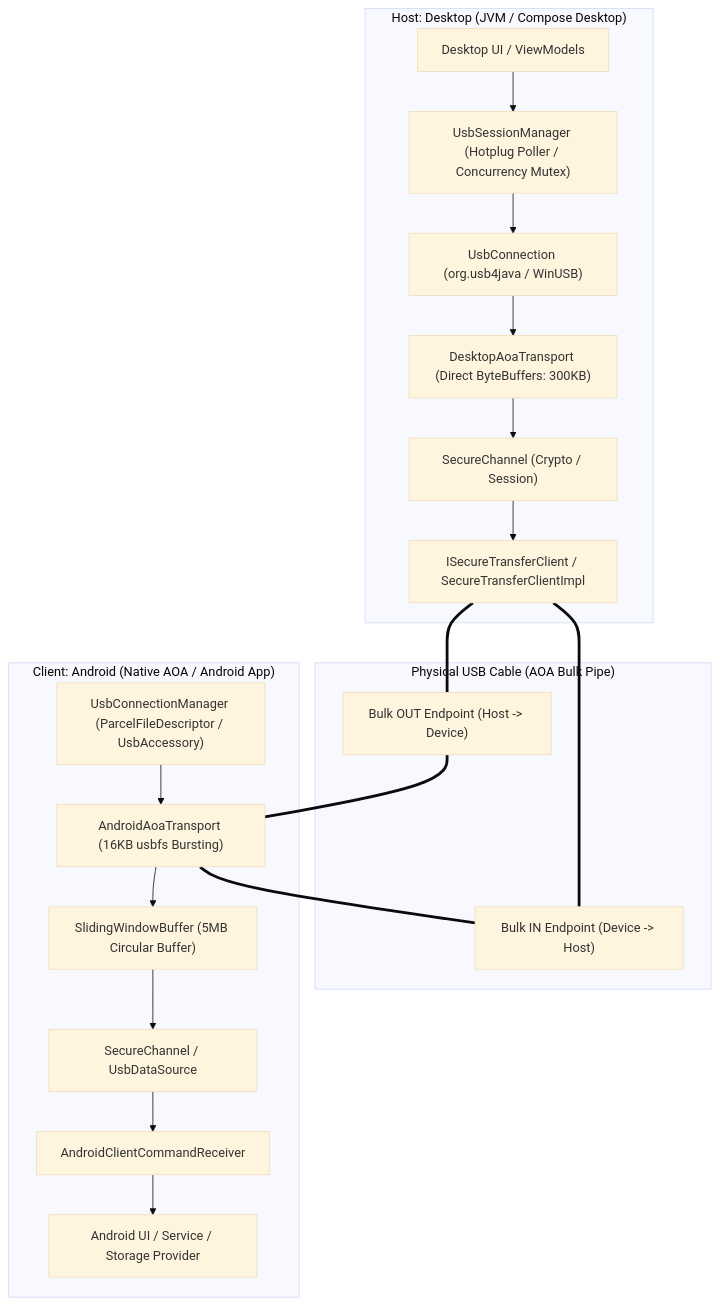
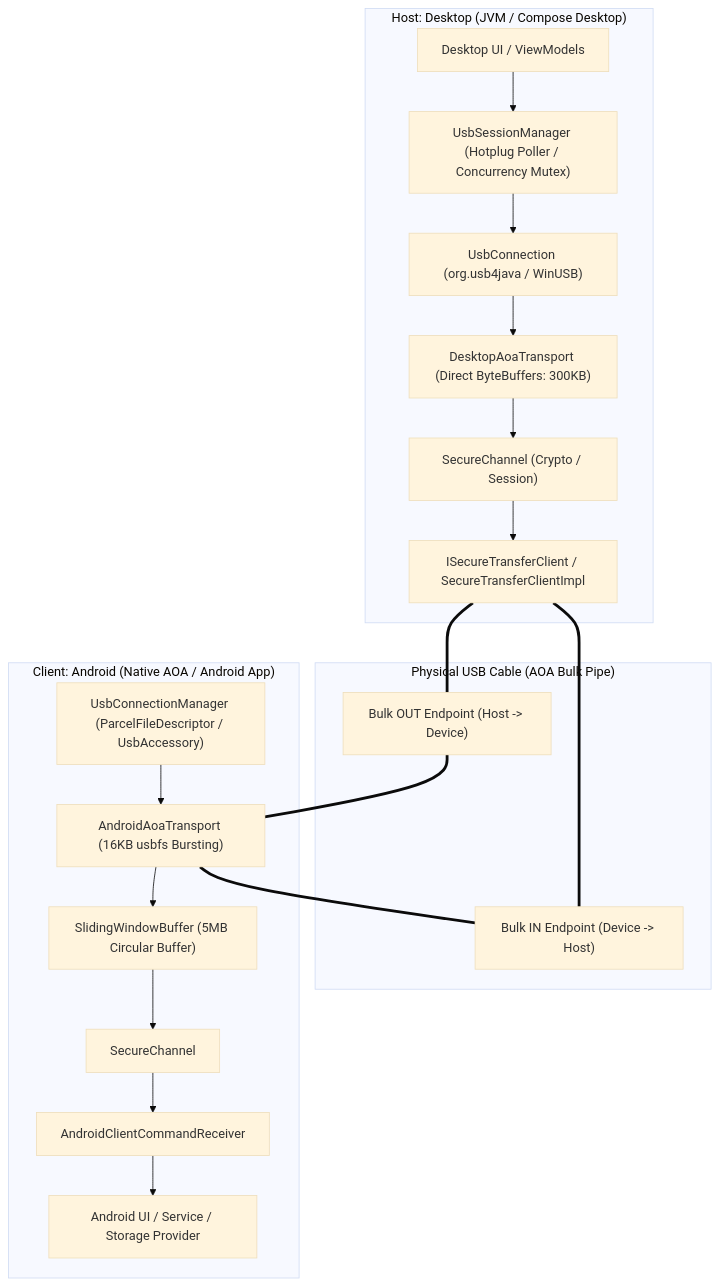
Before and after one commit to kv-shreyas/UsbTransferApp: the first of 5 diagrams in SECUREQT_SDK_PROTOCOL_SPECIFICATION.md, drawn with Mermaid (base theme). The commit also changed other lines of this file and 32 other files, not shown here.

Commit message:
Replace UsbDataSource with SecureChannel and refactor Android transport layer to implement IUsbTransport

````diff
--- a/SECUREQT_SDK_PROTOCOL_SPECIFICATION.md
+++ b/SECUREQT_SDK_PROTOCOL_SPECIFICATION.md
@@ -11,41 +11,41 @@
 ```mermaid
 flowchart TD
     subgraph Host["Host: Desktop (JVM / Compose Desktop)"]
         UI_Desktop["Desktop UI / ViewModels"]
         USM["UsbSessionManager (Hotplug Poller / Concurrency Mutex)"]
         UC["UsbConnection (org.usb4java / WinUSB)"]
         DAT["DesktopAoaTransport (Direct ByteBuffers: 300KB)"]
         SC_D["SecureChannel (Crypto / Session)"]
         STC_D["ISecureTransferClient / SecureTransferClientImpl"]
     end
 
     subgraph PhysicalWire["Physical USB Cable (AOA Bulk Pipe)"]
         BULK_OUT["Bulk OUT Endpoint (Host -> Device)"]
         BULK_IN["Bulk IN Endpoint (Device -> Host)"]
     end
 
     subgraph Client["Client: Android (Native AOA / Android App)"]
         STC_A["AndroidClientCommandReceiver"]
-        SC_A["SecureChannel / UsbDataSource"]
+        SC_A["SecureChannel"]
         SWB["SlidingWindowBuffer (5MB Circular Buffer)"]
         AAT["AndroidAoaTransport (16KB usbfs Bursting)"]
         UCM["UsbConnectionManager (ParcelFileDescriptor / UsbAccessory)"]
         UI_Android["Android UI / Service / Storage Provider"]
     end
 
     UI_Desktop --> USM
     USM --> UC
     UC --> DAT
     DAT --> SC_D
     SC_D --> STC_D
     STC_D === BULK_OUT
     BULK_IN === STC_D
 
     BULK_OUT === AAT
     AAT === BULK_IN
     AAT --> SWB
     SWB --> SC_A
     SC_A --> STC_A
     UCM --> AAT
     STC_A --> UI_Android
 ```
````
